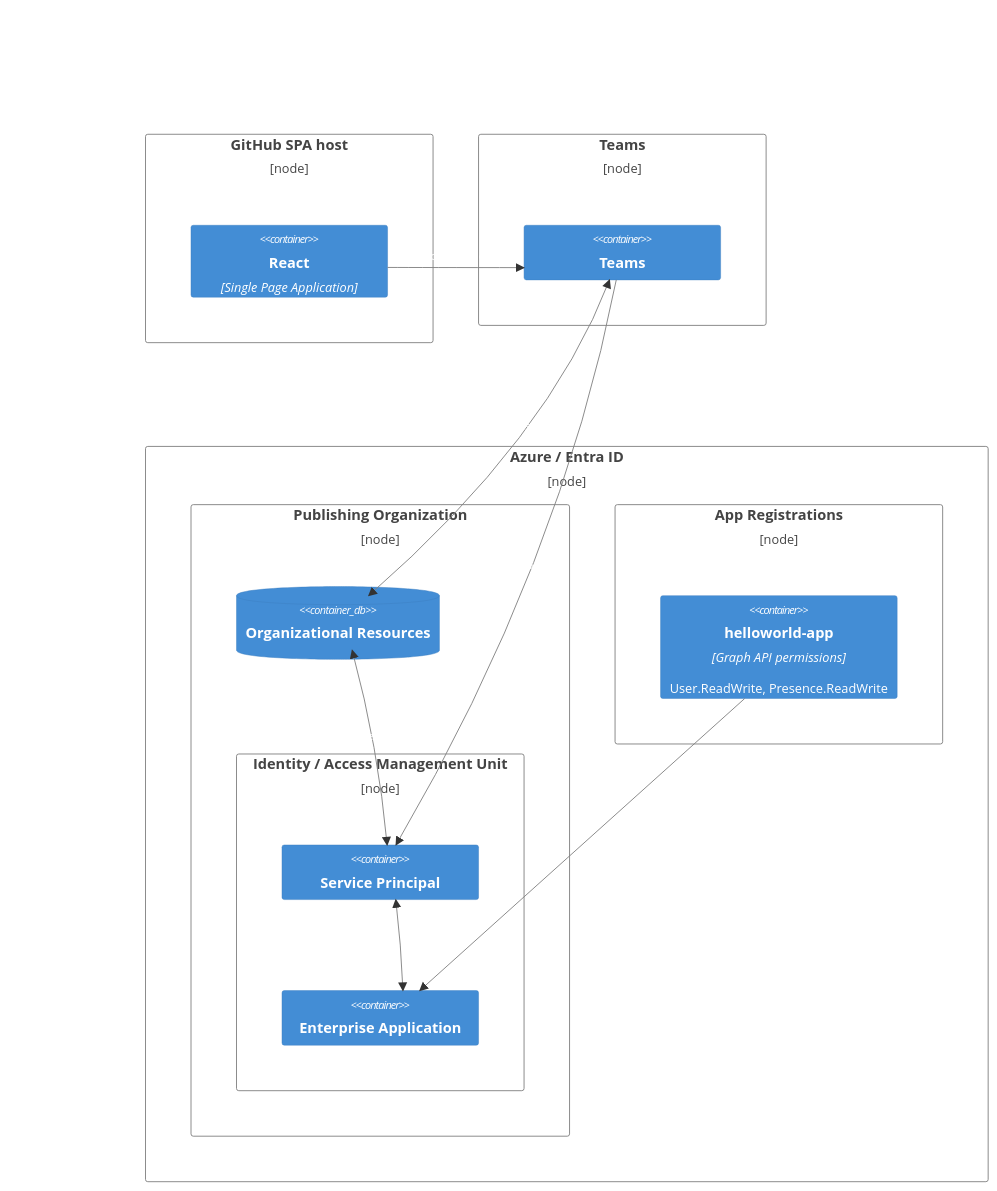
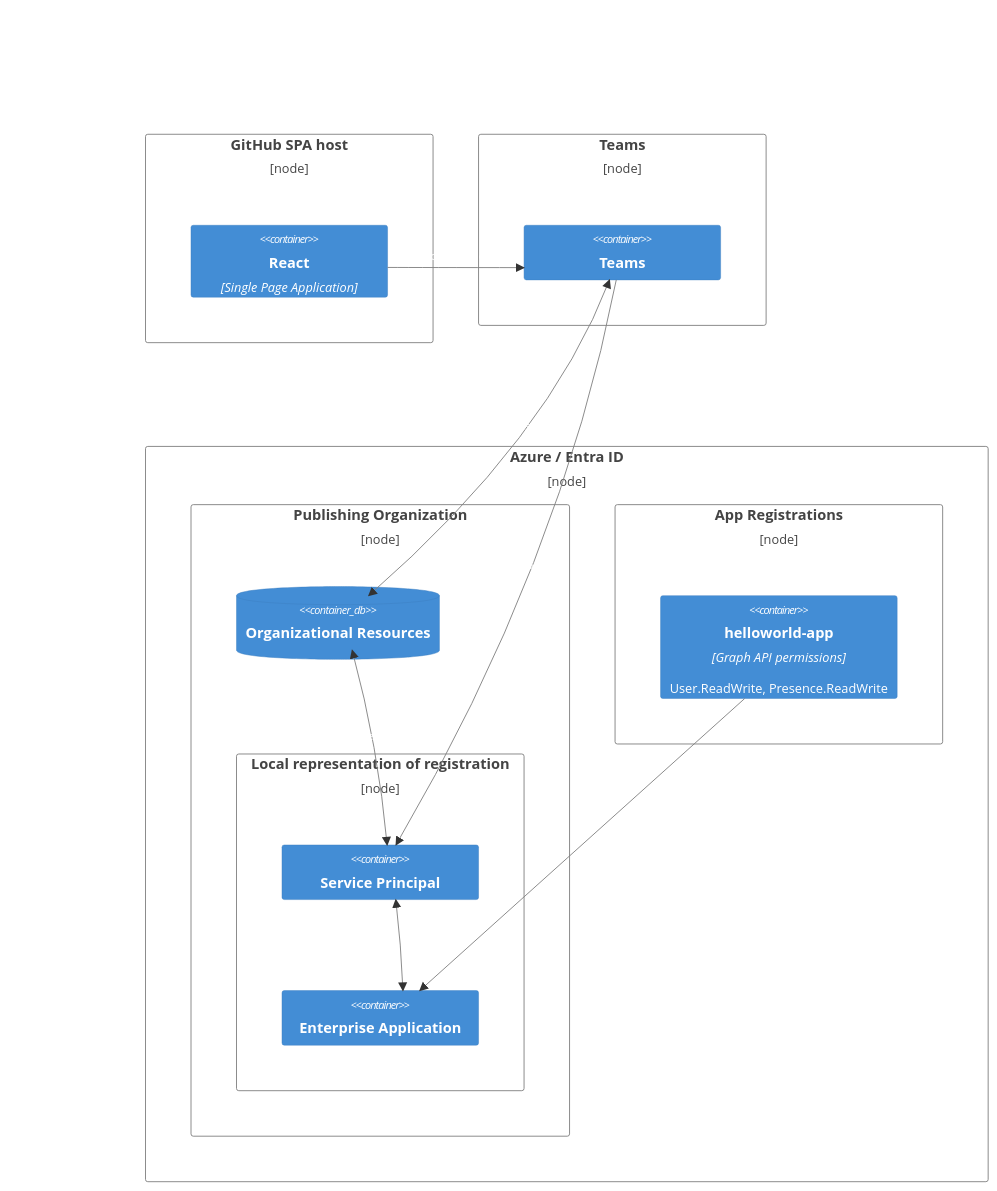
The diagram in _posts/2024-08-05-azure-entra-in-spa.md (CynicDog/CynicDog.github.io), drawn with Mermaid before and after one commit.

````diff
--- a/_posts/2024-08-05-azure-entra-in-spa.md
+++ b/_posts/2024-08-05-azure-entra-in-spa.md
@@ -22,48 +22,48 @@
 ```mermaid
 C4Deployment
     title  
     
     Deployment_Node(github, "GitHub SPA host") {
         Container(React, "React", "Single Page Application", "")
     }
 
     Deployment_Node(teams, "Teams") {
         Container(Teams, "Teams", "", "")
     }
 
     Deployment_Node(azure, "Azure / Entra ID") {
         Deployment_Node(organizationalResources, "Publishing Organization") {
             ContainerDb(Organizational_Resources, "Organizational Resources", "")
             
-            Deployment_Node(publishingOrganization, "Identity / Access Management Unit") {
+            Deployment_Node(publishingOrganization, "Local representation of registration") {
                 Container(Service_Principal, "Service Principal", "", "")
                 Container(Enterprise_Application, "Enterprise Application", "", "")        
             }
         }
 
         Deployment_Node(appRegistrations, "App Registrations") {
                     Container(helloworld_app, "helloworld-app", "Graph API permissions", "User.ReadWrite, Presence.ReadWrite")
         }
     }
     
     Rel(helloworld_app, Enterprise_Application, "Exposes as")
     Rel(Teams, Service_Principal, "Delegates to")
     Rel(React, Teams, "Provides endpoint")
     BiRel(Service_Principal, Organizational_Resources, "Accesses")
     BiRel(Teams, Organizational_Resources, "On behalf of user")
     BiRel(Enterprise_Application, Service_Principal, "")
 
     UpdateElementStyle(azure, $borderColor="gray")
     UpdateElementStyle(github, $borderColor="gray")
     UpdateElementStyle(teams, $borderColor="gray")
     UpdateElementStyle(organizationalResources, $borderColor="gray")
     UpdateElementStyle(appRegistrations, $borderColor="gray")
     UpdateElementStyle(publishingOrganization, $borderColor="gray")
     
     UpdateRelStyle(helloworld_app, Enterprise_Application, $textColor="white", $lineColor="gray", ,$offsetX="5")
     UpdateRelStyle(Teams, Service_Principal, $textColor="white", $lineColor="gray", $offsetX="-40")
     UpdateRelStyle(React, Teams, $textColor="white", $lineColor="gray", $offsetY="-15", $offsetX="-40")
     UpdateRelStyle(Service_Principal, Organizational_Resources, $textColor="white", $lineColor="gray", $offsetY="-15", $offsetX="-40")
     UpdateRelStyle(Teams, Organizational_Resources, $textColor="white", $lineColor="gray", $offsetY="-15", $offsetX="-40")
     UpdateRelStyle(Enterprise_Application, Service_Principal, $textColor="white", $lineColor="gray")
 ```
````
